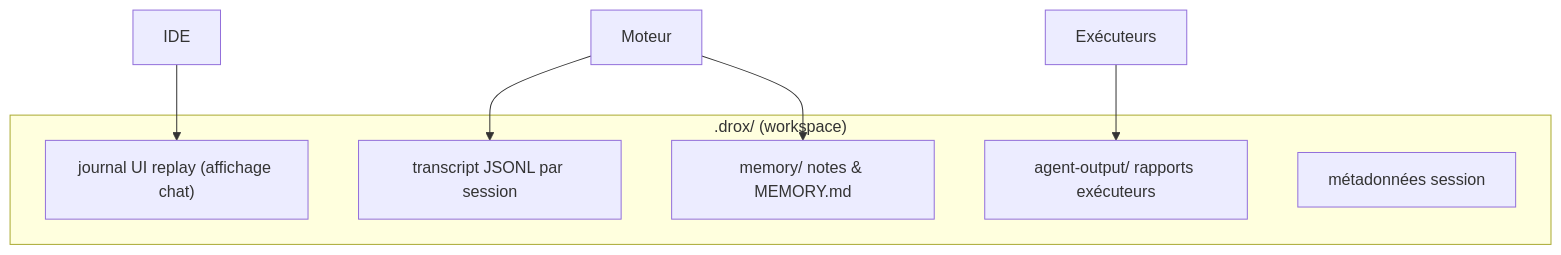
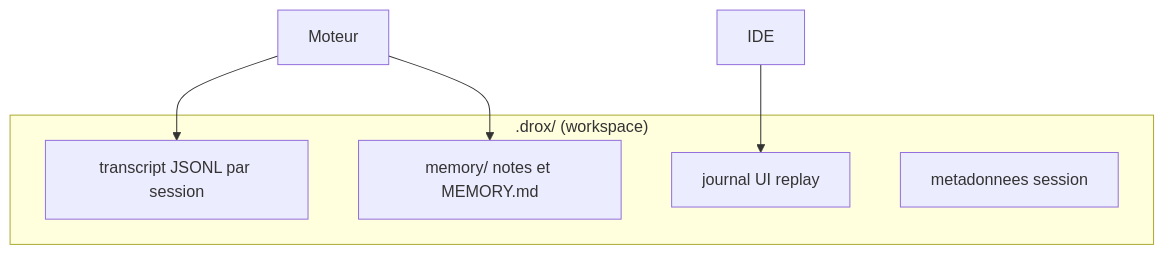
One commit to DroxKiwi/Drox---IDE---OR changed the seventh of 13 diagrams in README.md. Above: the diagram before and after it, drawn with Mermaid. The commit also changed other lines of this file, not shown here.

````diff
--- a/README.md
+++ b/README.md
@@ -205,15 +215,13 @@
 ```mermaid
 flowchart TB
   subgraph DISK[".drox/ (workspace)"]
     TR["transcript JSONL par session"]
-    UIJ["journal UI replay (affichage chat)"]
-    OUT["agent-output/ rapports exécuteurs"]
-    MEM["memory/ notes & MEMORY.md"]
-    SESS["métadonnées session"]
+    UIJ["journal UI replay"]
+    MEM["memory/ notes et MEMORY.md"]
+    SESS["metadonnees session"]
   end
 
   MOTEUR["Moteur"] --> TR
   IDE["IDE"] --> UIJ
-  EXE["Exécuteurs"] --> OUT
   MOTEUR --> MEM
 ```
````
